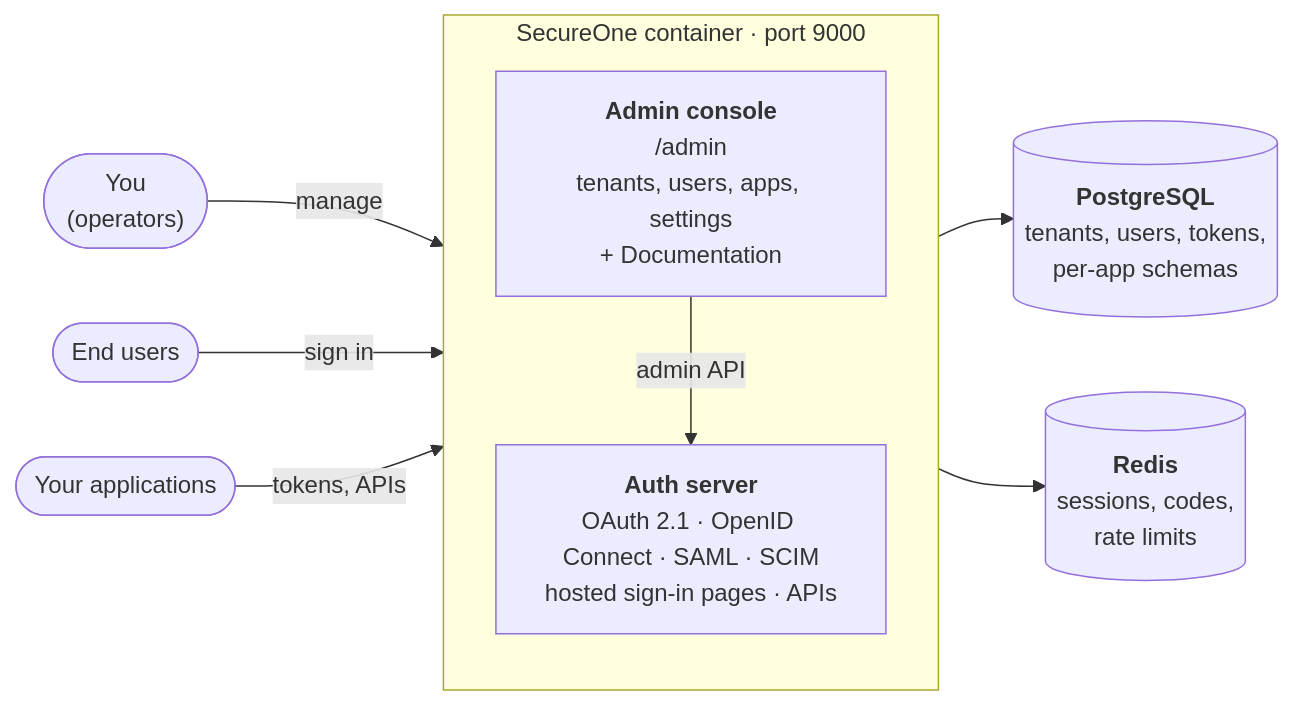
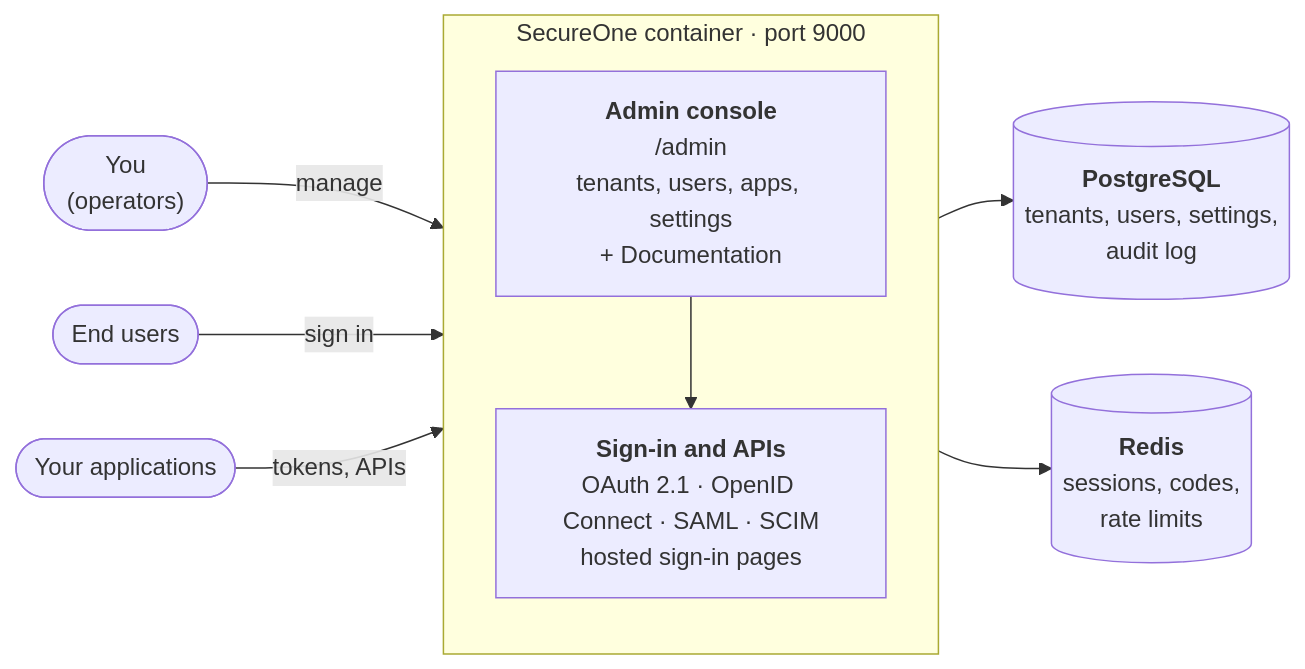
The first of 2 diagrams in docs/get-started/operator-getting-started.md (DTAVS0108/secureon), drawn with Mermaid before and after one commit. The commit also changed other lines of this file and 73 other files, not shown here.

````diff
--- a/docs/get-started/operator-getting-started.md
+++ b/docs/get-started/operator-getting-started.md
@@ -33,22 +33,22 @@
 ```mermaid
 flowchart LR
     operator(["You<br/>(operators)"])
     users(["End users"])
     apps(["Your applications"])
 
     subgraph container["SecureOne container · port 9000"]
         direction TB
         console["<b>Admin console</b><br/>/admin<br/>tenants, users, apps, settings<br/>+ Documentation"]
-        auth["<b>Auth server</b><br/>OAuth 2.1 · OpenID Connect · SAML · SCIM<br/>hosted sign-in pages · APIs"]
-        console -- "admin API" --> auth
+        auth["<b>Sign-in and APIs</b><br/>OAuth 2.1 · OpenID Connect · SAML · SCIM<br/>hosted sign-in pages"]
+        console --> auth
     end
 
-    postgres[("<b>PostgreSQL</b><br/>tenants, users, tokens,<br/>per-app schemas")]
+    postgres[("<b>PostgreSQL</b><br/>tenants, users, settings,<br/>audit log")]
     redis[("<b>Redis</b><br/>sessions, codes,<br/>rate limits")]
 
     operator -- "manage" --> console
     users -- "sign in" --> auth
     apps -- "tokens, APIs" --> auth
     auth --> postgres
     auth --> redis
 ```
````
